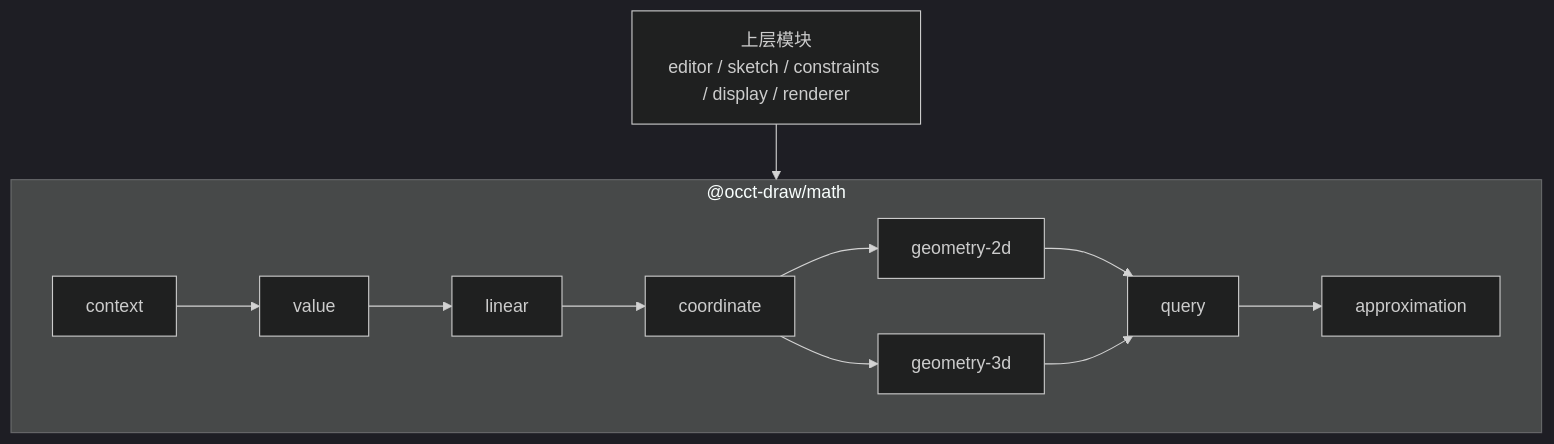
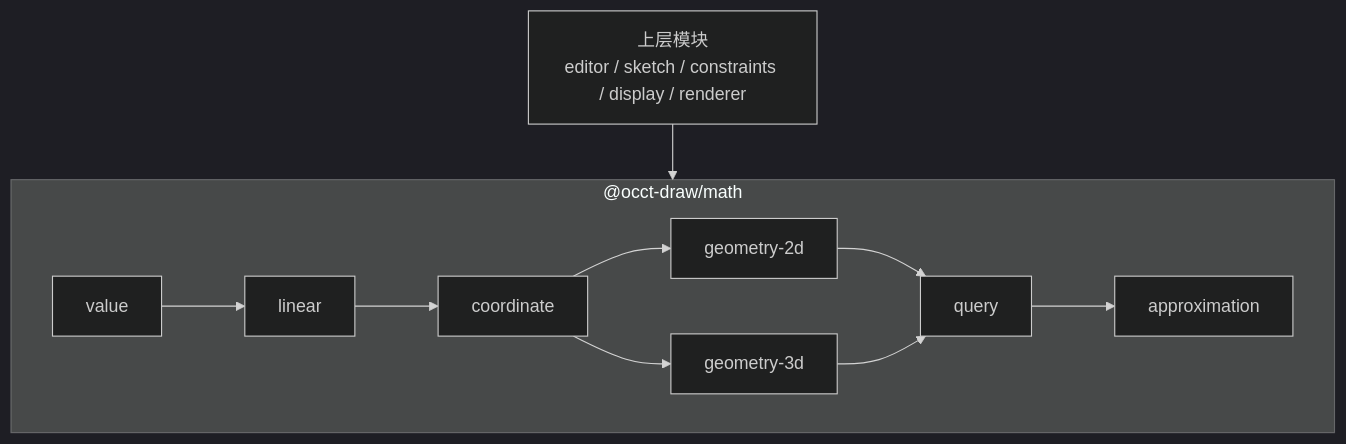
One commit to genewanggang-sudo/occt-draw-web changed the diagram in docs/math包架构设计.md. Above: the diagram before and after it, drawn with Mermaid (dark theme). The commit also changed other lines of this file, not shown here.

Commit message:
docs: update math package architecture

````diff
--- a/docs/math包架构设计.md
+++ b/docs/math包架构设计.md
@@ -5,26 +5,24 @@
 ```mermaid
 flowchart TB
     App["上层模块<br/>editor / sketch / constraints / display / renderer"]
 
     subgraph Math["@occt-draw/math"]
-        Context["context"]
         Value["value"]
         Linear["linear"]
         Coordinate["coordinate"]
         Geometry2D["geometry-2d"]
         Geometry3D["geometry-3d"]
         Query["query"]
         Approximation["approximation"]
 
-        Context --> Value
         Value --> Linear
         Linear --> Coordinate
         Coordinate --> Geometry2D
         Coordinate --> Geometry3D
         Geometry2D --> Query
         Geometry3D --> Query
         Query --> Approximation
     end
 
     App --> Math
 ```
````
